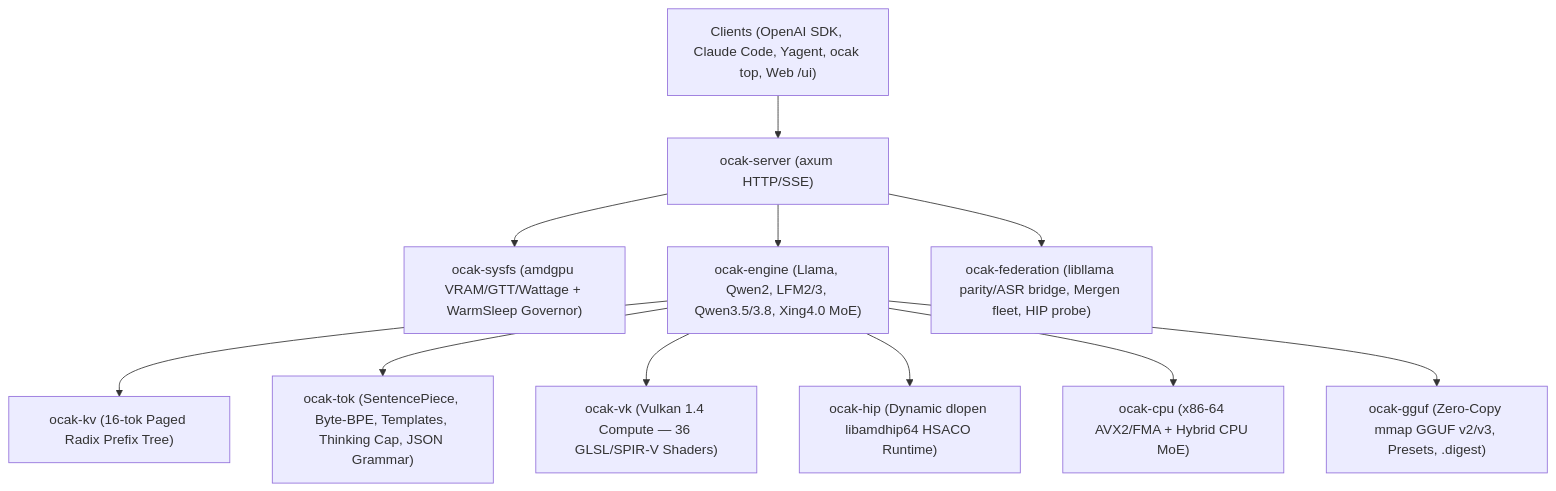
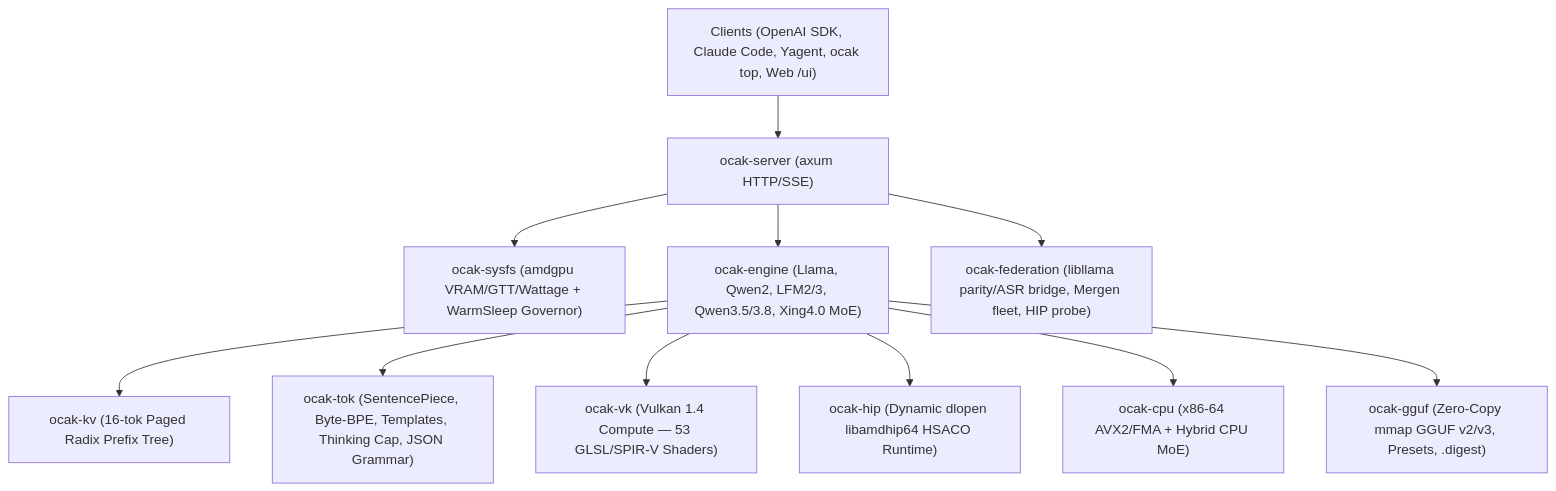
One commit to Mechres/ocak changed the diagram in README.md. Above: the diagram before and after it, drawn with Mermaid. The commit also changed other lines of this file and 20 other files, not shown here.

````diff
--- a/README.md
+++ b/README.md
@@ -34,13 +34,13 @@
 ```mermaid
 flowchart TD
     Clients["Clients (OpenAI SDK, Claude Code, Yagent, ocak top, Web /ui)"] --> Server["ocak-server (axum HTTP/SSE)"]
     Server --> Gov["ocak-sysfs (amdgpu VRAM/GTT/Wattage + WarmSleep Governor)"]
     Server --> Engine["ocak-engine (Llama, Qwen2, LFM2/3, Qwen3.5/3.8, Xing4.0 MoE)"]
     Server --> Fed["ocak-federation (libllama parity/ASR bridge, Mergen fleet, HIP probe)"]
     Engine --> KV["ocak-kv (16-tok Paged Radix Prefix Tree)"]
     Engine --> Tok["ocak-tok (SentencePiece, Byte-BPE, Templates, Thinking Cap, JSON Grammar)"]
-    Engine --> VK["ocak-vk (Vulkan 1.4 Compute — 36 GLSL/SPIR-V Shaders)"]
+    Engine --> VK["ocak-vk (Vulkan 1.4 Compute — 53 GLSL/SPIR-V Shaders)"]
     Engine --> HIP["ocak-hip (Dynamic dlopen libamdhip64 HSACO Runtime)"]
     Engine --> CPU["ocak-cpu (x86-64 AVX2/FMA + Hybrid CPU MoE)"]
     Engine --> GGUF["ocak-gguf (Zero-Copy mmap GGUF v2/v3, Presets, .digest)"]
 ```
````
